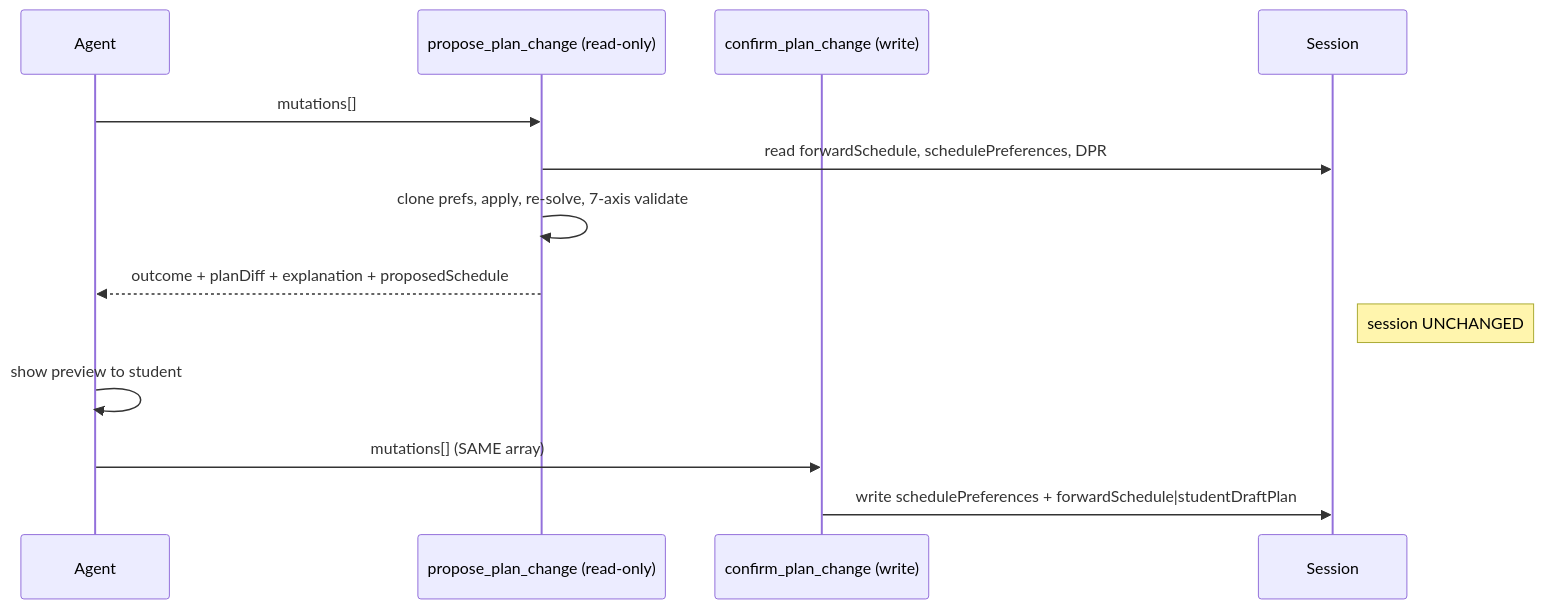
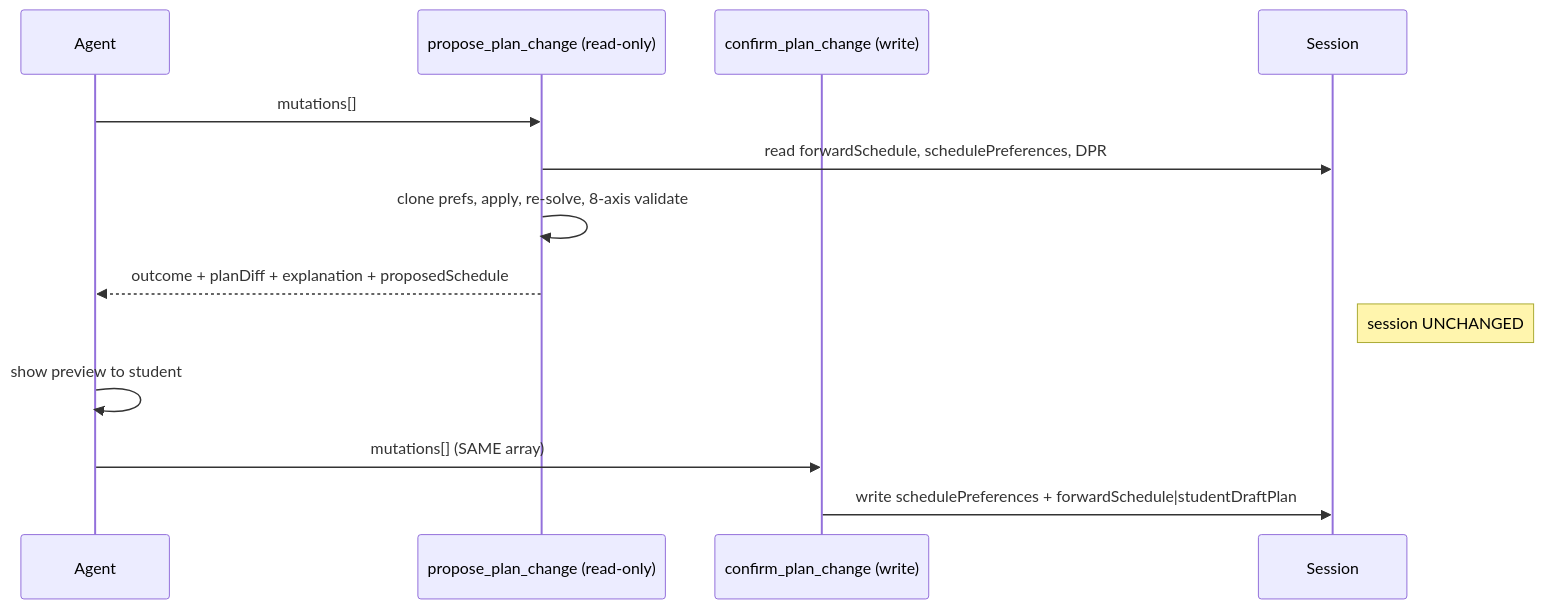
The third of 3 diagrams in Docs/current-system/tools/propose_plan_change.md (EdoardoMongardi/NYU_Path), drawn with Mermaid before and after one commit. The commit also changed other lines of this file and 3 other files, not shown here.

````diff
--- a/Docs/current-system/tools/propose_plan_change.md
+++ b/Docs/current-system/tools/propose_plan_change.md
@@ -194,16 +194,16 @@
 ```mermaid
 sequenceDiagram
     participant Agent
     participant Propose as propose_plan_change (read-only)
     participant Confirm as confirm_plan_change (write)
     participant Session
 
     Agent->>Propose: mutations[]
     Propose->>Session: read forwardSchedule, schedulePreferences, DPR
-    Propose->>Propose: clone prefs, apply, re-solve, 7-axis validate
+    Propose->>Propose: clone prefs, apply, re-solve, 8-axis validate
     Propose-->>Agent: outcome + planDiff + explanation + proposedSchedule
     Note right of Session: session UNCHANGED
     Agent->>Agent: show preview to student
     Agent->>Confirm: mutations[] (SAME array)
     Confirm->>Session: write schedulePreferences + forwardSchedule|studentDraftPlan
 ```
````
